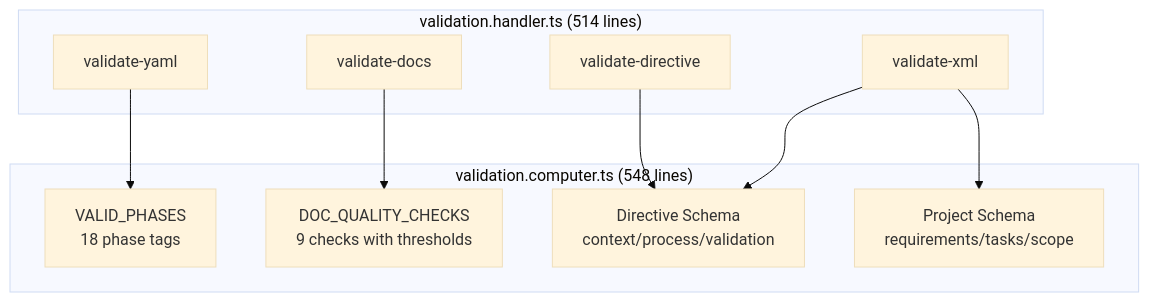
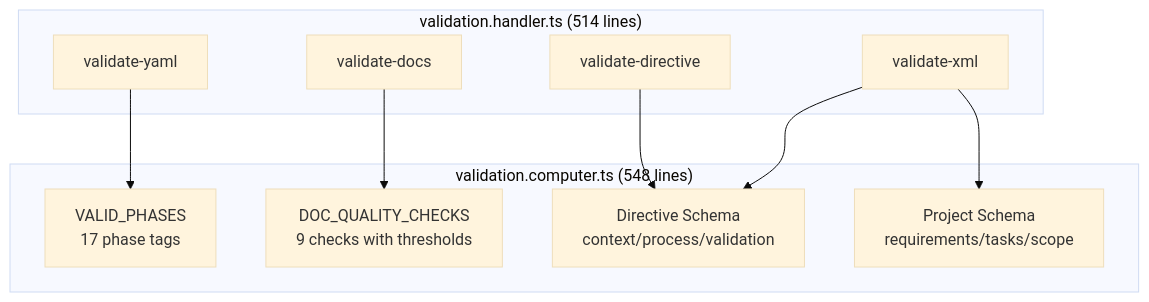
The first of 2 diagrams in .festinalente/engineering/systems/validation/_index.md (mattfletcher94/festinalente), drawn with Mermaid (base theme) before and after one commit. The commit also changed other lines of this file and 3 other files, not shown here.

````diff
--- a/.festinalente/engineering/systems/validation/_index.md
+++ b/.festinalente/engineering/systems/validation/_index.md
@@ -50,22 +50,22 @@
 ```mermaid
 flowchart TB
     subgraph ValidationComputer["validation.computer.ts (548 lines)"]
-        PHASES["VALID_PHASES<br/>18 phase tags"]
+        PHASES["VALID_PHASES<br/>17 phase tags"]
         QUALITY["DOC_QUALITY_CHECKS<br/>9 checks with thresholds"]
         DSCHEMA["Directive Schema<br/>context/process/validation"]
         PSCHEMA["Project Schema<br/>requirements/tasks/scope"]
     end
 
     subgraph ValidationHandler["validation.handler.ts (514 lines)"]
         VXML["validate-xml"]
         VYAML["validate-yaml"]
         VDIR["validate-directive"]
         VDOCS["validate-docs"]
     end
 
     VXML --> DSCHEMA
     VXML --> PSCHEMA
     VDIR --> DSCHEMA
     VDOCS --> QUALITY
     VYAML --> PHASES
 ```
````
